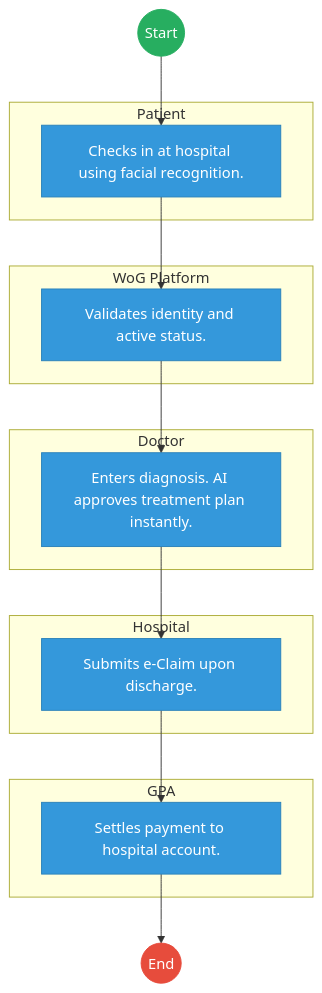
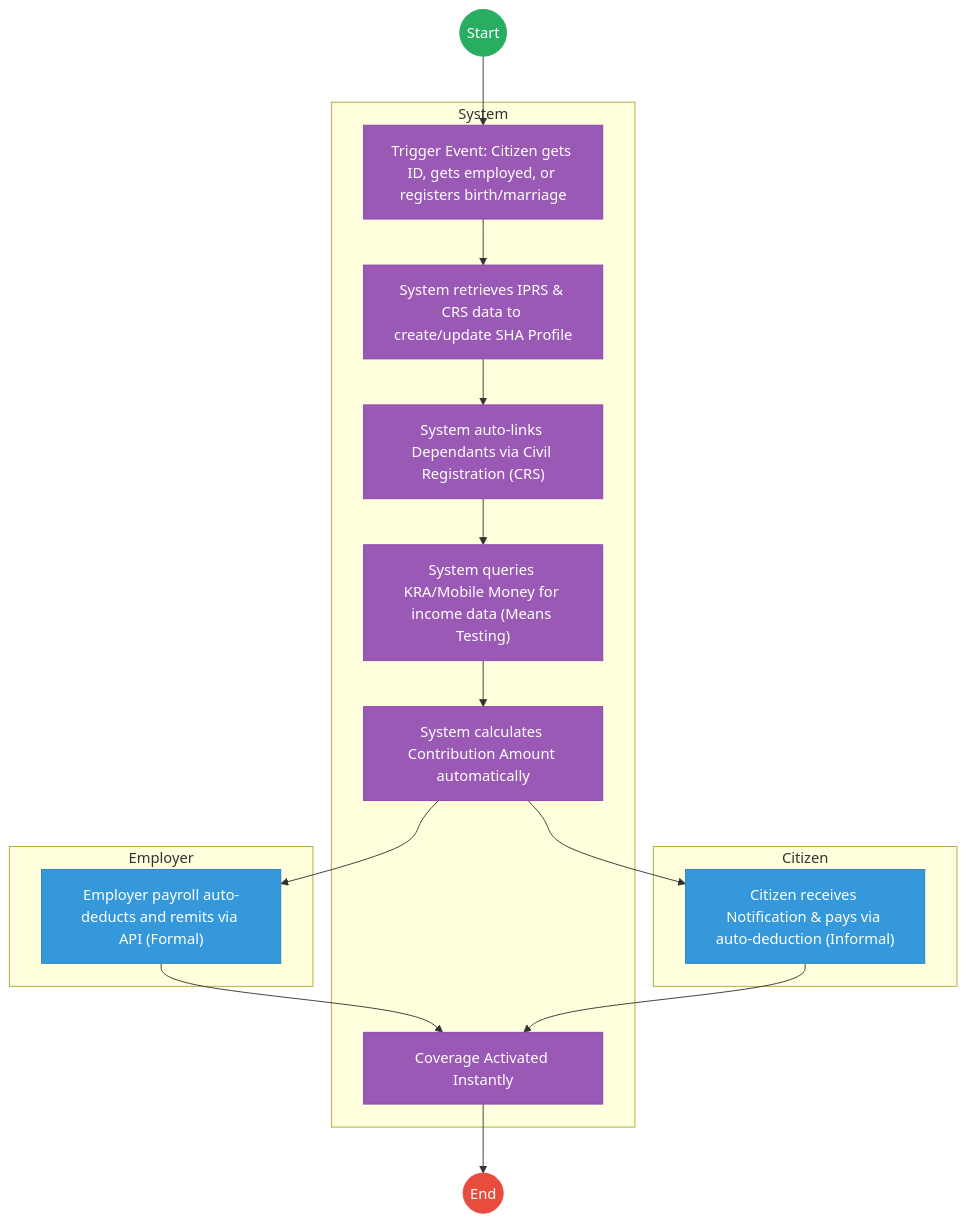
The second of 2 diagrams in mdas/docs_final/National_Health_Insurance_Fund___Service_Delivery.md (BITZ-IT-Consulting-LTD/ictapoc), drawn with Mermaid before and after one commit. The commit also changed other lines of this file and 1 other file, not shown here.

````diff
--- a/mdas/docs_final/National_Health_Insurance_Fund___Service_Delivery.md
+++ b/mdas/docs_final/National_Health_Insurance_Fund___Service_Delivery.md
@@ -124,38 +143,41 @@
 ```mermaid
 graph TD
     Start((Start)) --> S1
 
-    subgraph Patient [Patient]
-        S1["Checks in at hospital using facial recognition."]
+    subgraph System [System]
+        S1["Trigger Event: Citizen gets ID, gets employed, or registers birth/marriage"]
+        S2["System retrieves IPRS & CRS data to create/update SHA Profile"]
+        S3["System auto-links Dependants via Civil Registration (CRS)"]
+        S4["System queries KRA/Mobile Money for income data (Means Testing)"]
+        S5["System calculates Contribution Amount automatically"]
+        S8["Coverage Activated Instantly"]
     end
 
-    subgraph WoG_Platform [WoG Platform]
-        S2["Validates identity and active status."]
+    subgraph Employer [Employer]
+        S6["Employer payroll auto-deducts and remits via API (Formal)"]
     end
 
-    subgraph Doctor [Doctor]
-        S3["Enters diagnosis. AI approves treatment plan instantly."]
+    subgraph Citizen [Citizen]
+        S7["Citizen receives Notification & pays via auto-deduction (Informal)"]
     end
 
-    subgraph Hospital [Hospital]
-        S4["Submits e-Claim upon discharge."]
-    end
-
-    subgraph GPA [GPA]
-        S5["Settles payment to hospital account."]
-    end
     S1 --> S2
     S2 --> S3
     S3 --> S4
     S4 --> S5
-    S5 --> End((End))
+    S5 --> S6
+    S5 --> S7
+    S6 --> S8
+    S7 --> S8
+    S8 --> End((End))
 
     classDef start fill:#27ae60,stroke:#27ae60,color:#fff;
     classDef endNode fill:#e74c3c,stroke:#e74c3c,color:#fff;
     classDef userTask fill:#3498db,stroke:#2980b9,color:#fff;
     classDef serviceTask fill:#9b59b6,stroke:#8e44ad,color:#fff;
 
     class Start start;
     class End endNode;
-    class S1,S2,S3,S4,S5 userTask;
+    class S1,S2,S3,S4,S5,S8 serviceTask;
+    class S6,S7 userTask;
 ```
````
